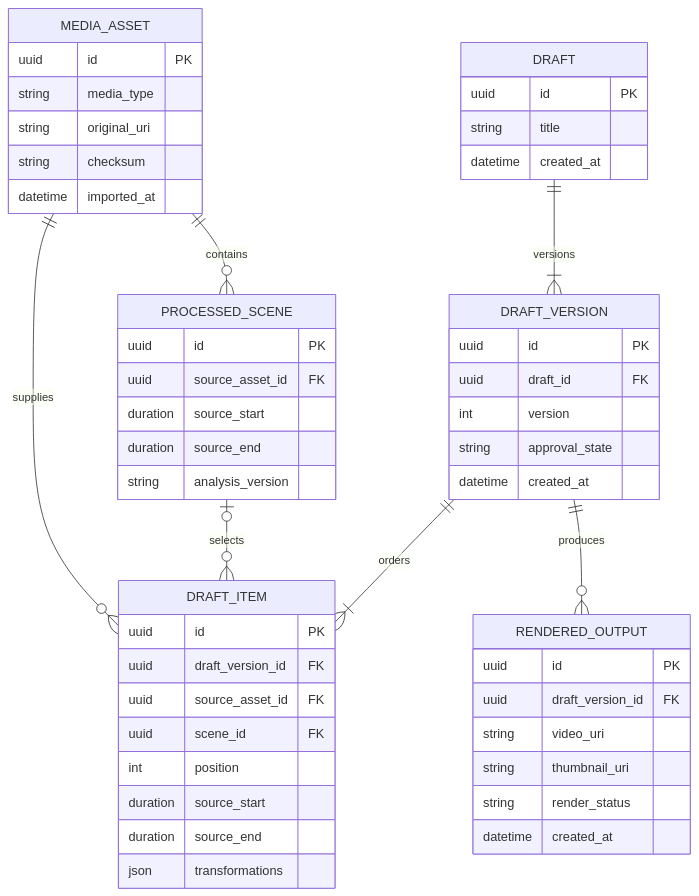
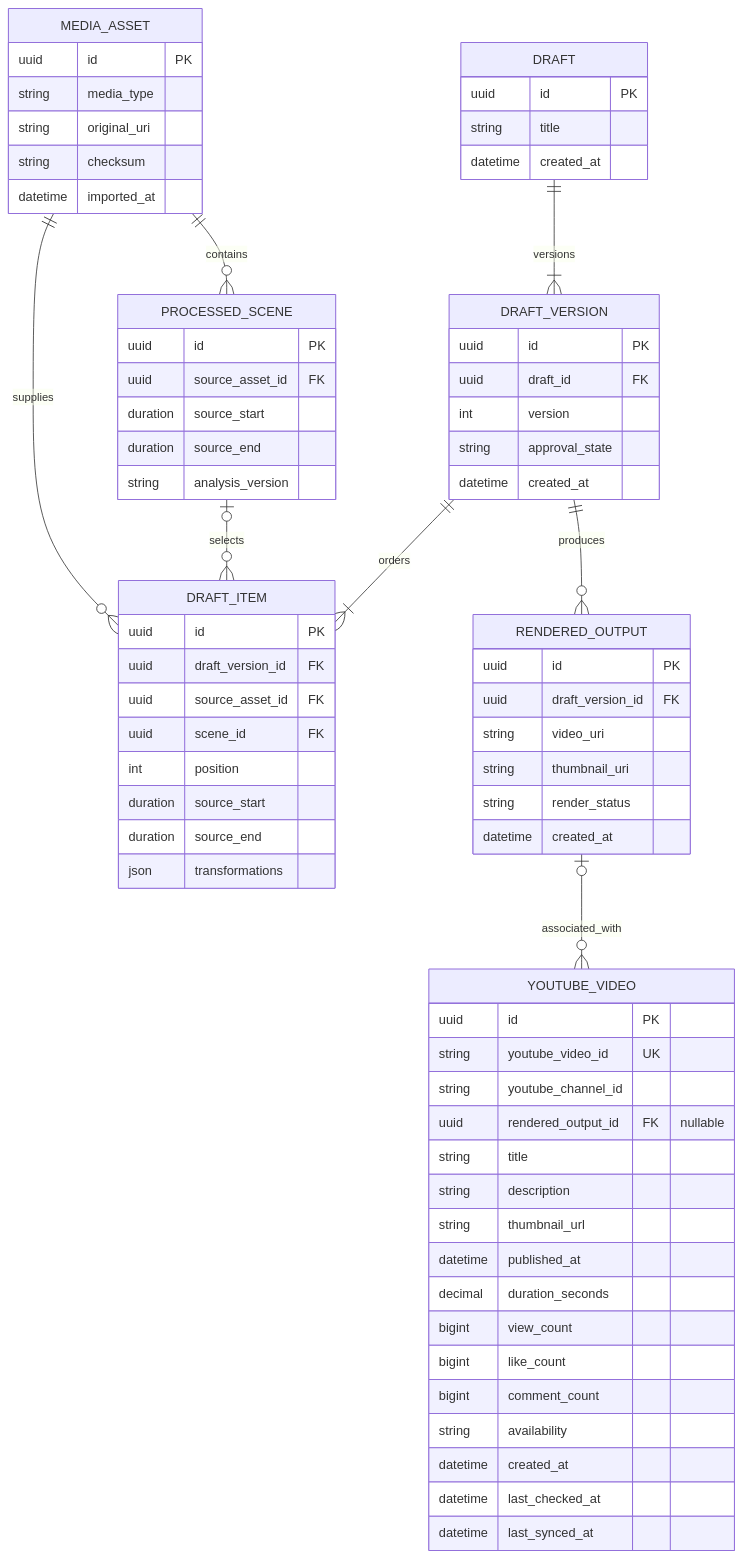
The diagram in docs/pages/diagrams/data/erd.adoc (jisleyjr/iota-video-manager), drawn with Mermaid before and after one commit. The commit also changed other lines of this file and 10 other files, not shown here.

```diff
--- a/docs/pages/diagrams/data/erd.adoc
+++ b/docs/pages/diagrams/data/erd.adoc
@@ -5,55 +5,74 @@
 [mermaid]
 ----
 erDiagram
     MEDIA_ASSET ||--o{ PROCESSED_SCENE : contains
     MEDIA_ASSET ||--o{ DRAFT_ITEM : supplies
     PROCESSED_SCENE o|--o{ DRAFT_ITEM : selects
     DRAFT ||--|{ DRAFT_VERSION : versions
     DRAFT_VERSION ||--|{ DRAFT_ITEM : orders
     DRAFT_VERSION ||--o{ RENDERED_OUTPUT : produces
+    RENDERED_OUTPUT o|--o{ YOUTUBE_VIDEO : associated_with
 
     MEDIA_ASSET {
         uuid id PK
         string media_type
         string original_uri
         string checksum
         datetime imported_at
     }
     PROCESSED_SCENE {
         uuid id PK
         uuid source_asset_id FK
         duration source_start
         duration source_end
         string analysis_version
     }
     DRAFT {
         uuid id PK
         string title
         datetime created_at
     }
     DRAFT_VERSION {
         uuid id PK
         uuid draft_id FK
         int version
         string approval_state
         datetime created_at
     }
     DRAFT_ITEM {
         uuid id PK
         uuid draft_version_id FK
         uuid source_asset_id FK
         uuid scene_id FK
         int position
         duration source_start
         duration source_end
         json transformations
     }
     RENDERED_OUTPUT {
         uuid id PK
         uuid draft_version_id FK
         string video_uri
         string thumbnail_uri
         string render_status
         datetime created_at
     }
+    YOUTUBE_VIDEO {
+        uuid id PK
+        string youtube_video_id UK
+        string youtube_channel_id
+        uuid rendered_output_id FK "nullable"
+        string title
+        string description
+        string thumbnail_url
+        datetime published_at
+        decimal duration_seconds
+        bigint view_count
+        bigint like_count
+        bigint comment_count
+        string availability
+        datetime created_at
+        datetime last_checked_at
+        datetime last_synced_at
+    }
 ----
```
